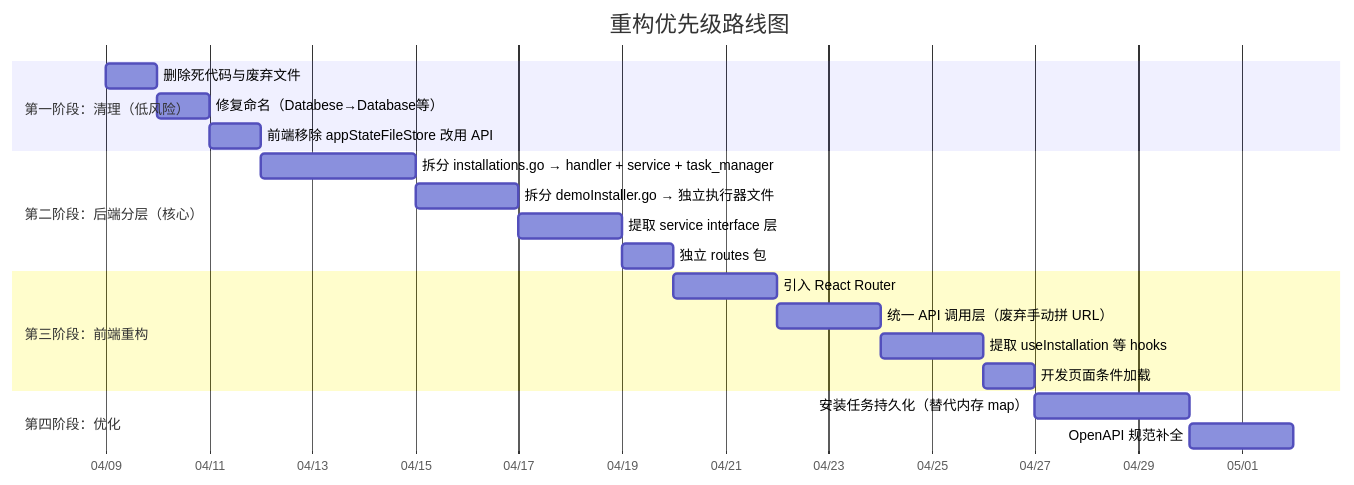
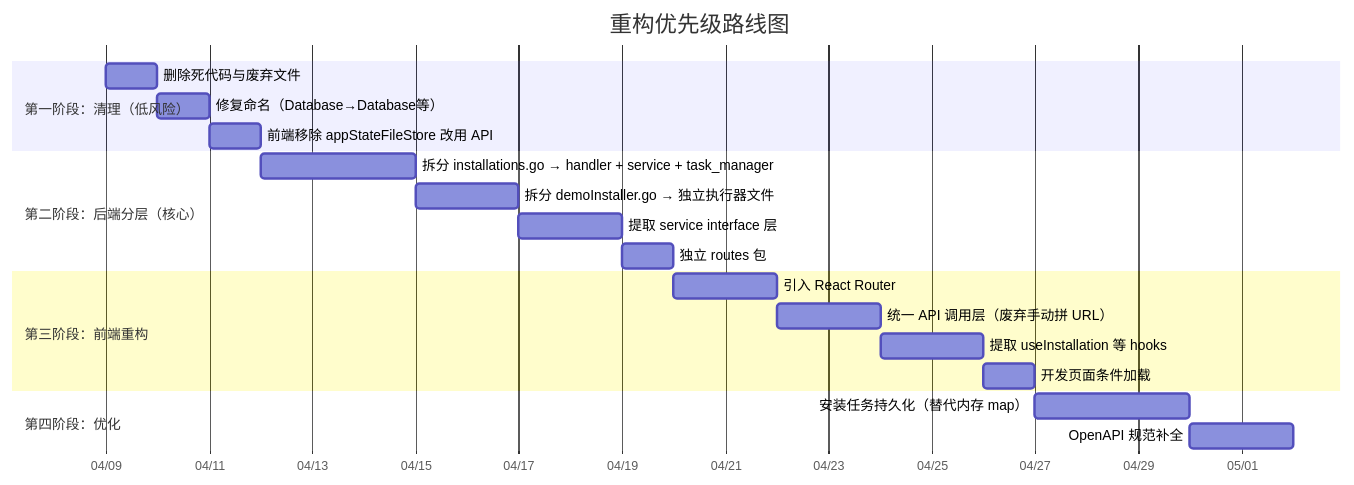
Before and after one commit to WUTONK/DHC_AC_Installer: diagram 12 of 13 in doc/架构分析/architecture-full-analysis.md, drawn with Mermaid. The commit also changed other lines of this file and 16 other files, not shown here.

````diff
--- a/doc/架构分析/architecture-full-analysis.md
+++ b/doc/架构分析/architecture-full-analysis.md
@@ -756,27 +756,27 @@
 ```mermaid
 gantt
     title 重构优先级路线图
     dateFormat  YYYY-MM-DD
     axisFormat  %m/%d
     
     section 第一阶段：清理（低风险）
     删除死代码与废弃文件              :p1a, 2026-04-09, 1d
-    修复命名（Databese→Database等）    :p1b, after p1a, 1d
+    修复命名（Database→Database等）    :p1b, after p1a, 1d
     前端移除 appStateFileStore 改用 API :p1c, after p1b, 1d
     
     section 第二阶段：后端分层（核心）
     拆分 installations.go → handler + service + task_manager  :p2a, after p1c, 3d
     拆分 demoInstaller.go → 独立执行器文件                      :p2b, after p2a, 2d
     提取 service interface 层                                  :p2c, after p2b, 2d
     独立 routes 包                                             :p2d, after p2c, 1d
     
     section 第三阶段：前端重构
     引入 React Router                 :p3a, after p2d, 2d
     统一 API 调用层（废弃手动拼 URL）    :p3b, after p3a, 2d
     提取 useInstallation 等 hooks      :p3c, after p3b, 2d
     开发页面条件加载                    :p3d, after p3c, 1d
     
     section 第四阶段：优化
     安装任务持久化（替代内存 map）       :p4a, after p3d, 3d
     OpenAPI 规范补全                   :p4b, after p4a, 2d
 ```
````
